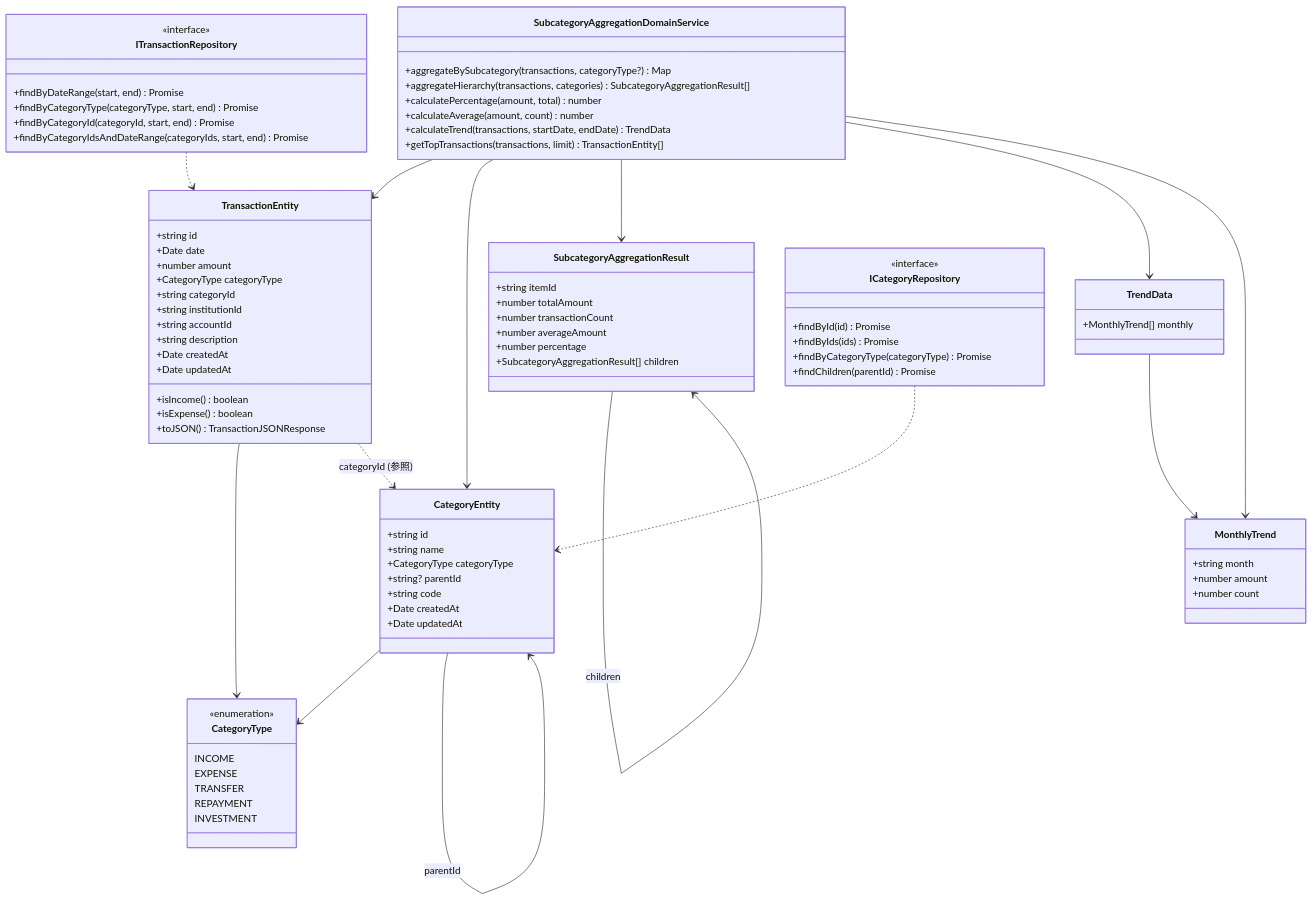
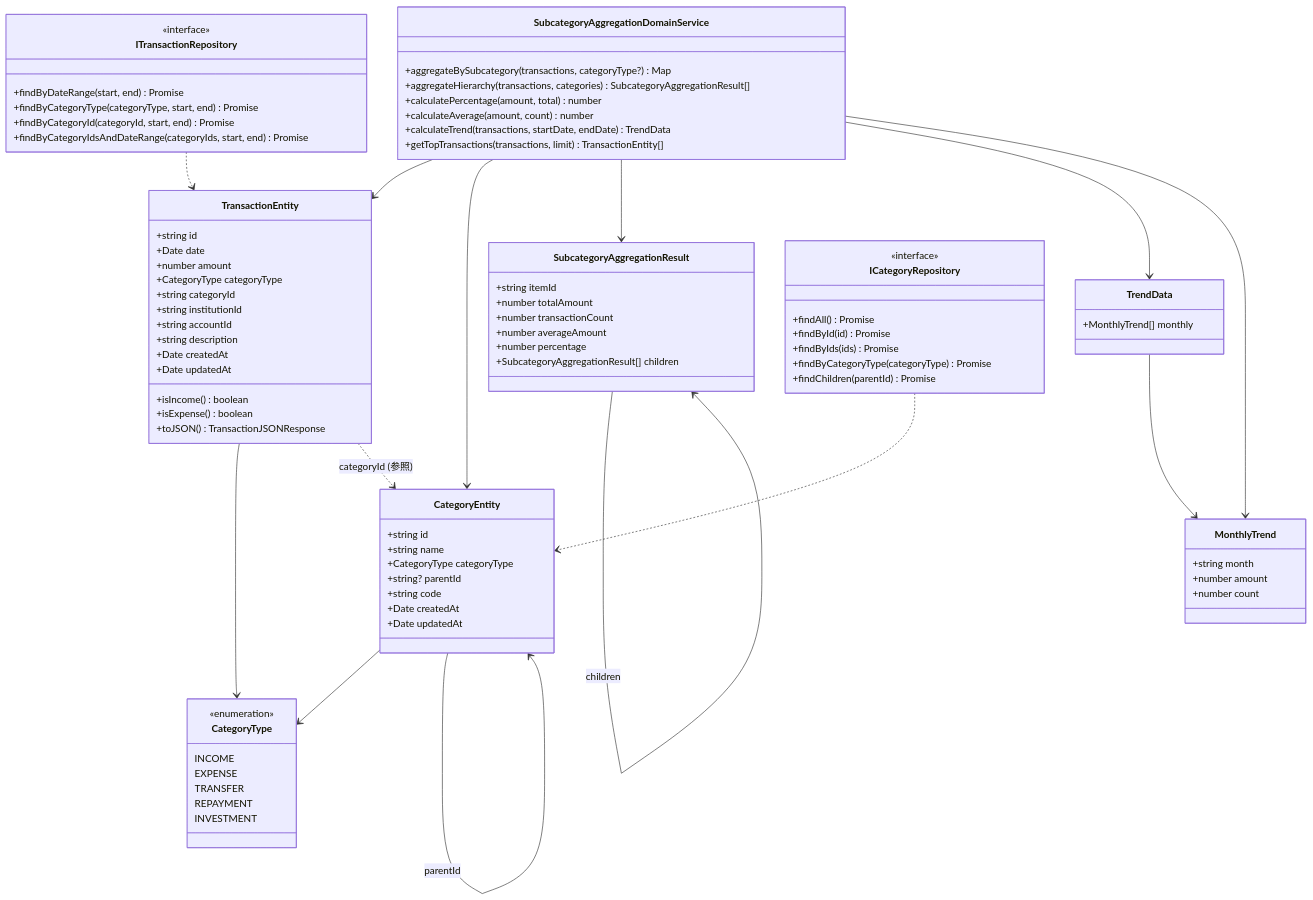
One commit to kencom2400/account-book changed the first of 4 diagrams in docs/detailed-design/FR-019_subcategory-aggregation/class-diagrams.md. Above: the diagram before and after it, drawn with Mermaid. The commit also changed other lines of this file and 1 other file, not shown here.

First line of the commit message:
docs: Gemini指摘対応 - 全費目集計フローでfindAll()を使用してN+1問題を回避

```diff
--- a/docs/detailed-design/FR-019_subcategory-aggregation/class-diagrams.md
+++ b/docs/detailed-design/FR-019_subcategory-aggregation/class-diagrams.md
@@ -90,6 +90,7 @@
 
     class ICategoryRepository {
         <<interface>>
+        +findAll() Promise<CategoryEntity[]>
         +findById(id) Promise<CategoryEntity | null>
         +findByIds(ids) Promise<CategoryEntity[]>
         +findByCategoryType(categoryType) Promise<CategoryEntity[]>
```
